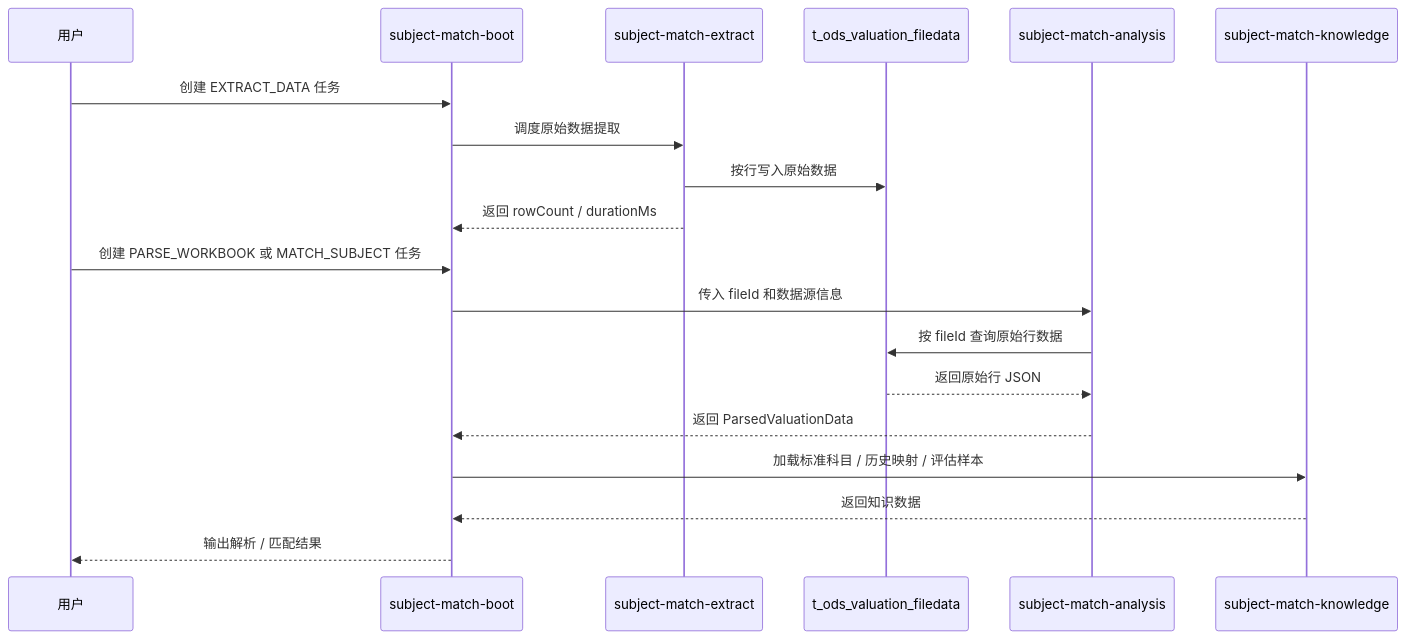
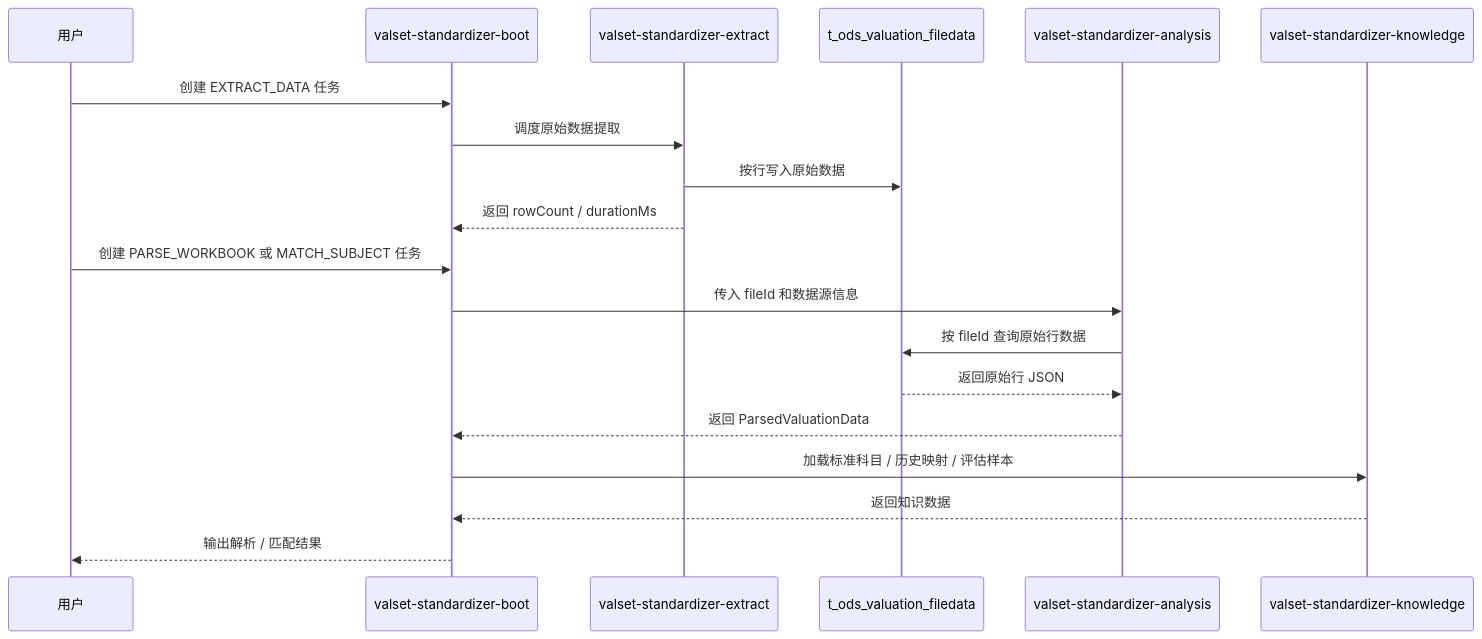
The second of 2 diagrams in docs/ods-analysis-architecture.md (iloveZzz/valset-standardizer-java), drawn with Mermaid before and after one commit. The commit also changed other lines of this file and 568 other files, not shown here.

````diff
--- a/docs/ods-analysis-architecture.md
+++ b/docs/ods-analysis-architecture.md
@@ -64,22 +64,22 @@
 ```mermaid
 sequenceDiagram
     participant U as 用户
-    participant B as subject-match-boot
-    participant X as subject-match-extract
+    participant B as valset-standardizer-boot
+    participant X as valset-standardizer-extract
     participant O as t_ods_valuation_filedata
-    participant A as subject-match-analysis
-    participant K as subject-match-knowledge
+    participant A as valset-standardizer-analysis
+    participant K as valset-standardizer-knowledge
 
     U->>B: 创建 EXTRACT_DATA 任务
     B->>X: 调度原始数据提取
     X->>O: 按行写入原始数据
     X-->>B: 返回 rowCount / durationMs
     U->>B: 创建 PARSE_WORKBOOK 或 MATCH_SUBJECT 任务
     B->>A: 传入 fileId 和数据源信息
     A->>O: 按 fileId 查询原始行数据
     O-->>A: 返回原始行 JSON
     A-->>B: 返回 ParsedValuationData
     B->>K: 加载标准科目 / 历史映射 / 评估样本
     K-->>B: 返回知识数据
     B-->>U: 输出解析 / 匹配结果
 ```
````
